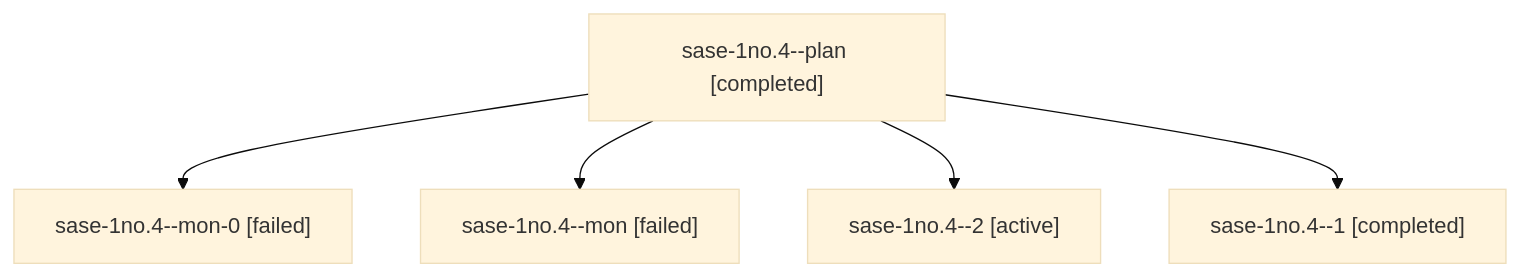
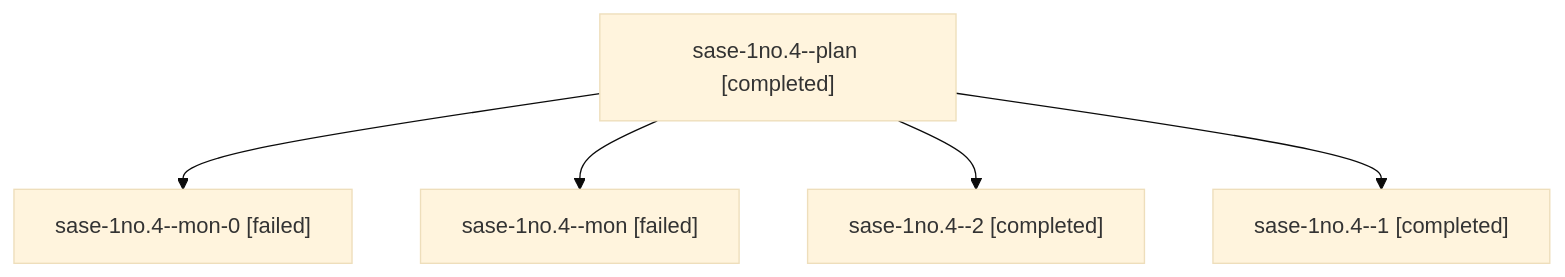
Before and after one commit to sase-org/sase--agents: the diagram in sessions/bbugyi200.athena.sase-1no.4.md, drawn with Mermaid (base theme). The commit also changed other lines of this file and 33 other files, not shown here.

````diff
--- a/sessions/bbugyi200.athena.sase-1no.4.md
+++ b/sessions/bbugyi200.athena.sase-1no.4.md
@@ -9,12 +9,12 @@
 ```mermaid
 flowchart TD
   n0["sase-1no.4--plan [completed]"]
   n1["sase-1no.4--mon-0 [failed]"]
   n0 --> n1
   n2["sase-1no.4--mon [failed]"]
   n0 --> n2
-  n3["sase-1no.4--2 [active]"]
+  n3["sase-1no.4--2 [completed]"]
   n0 --> n3
   n4["sase-1no.4--1 [completed]"]
   n0 --> n4
 ```
````
